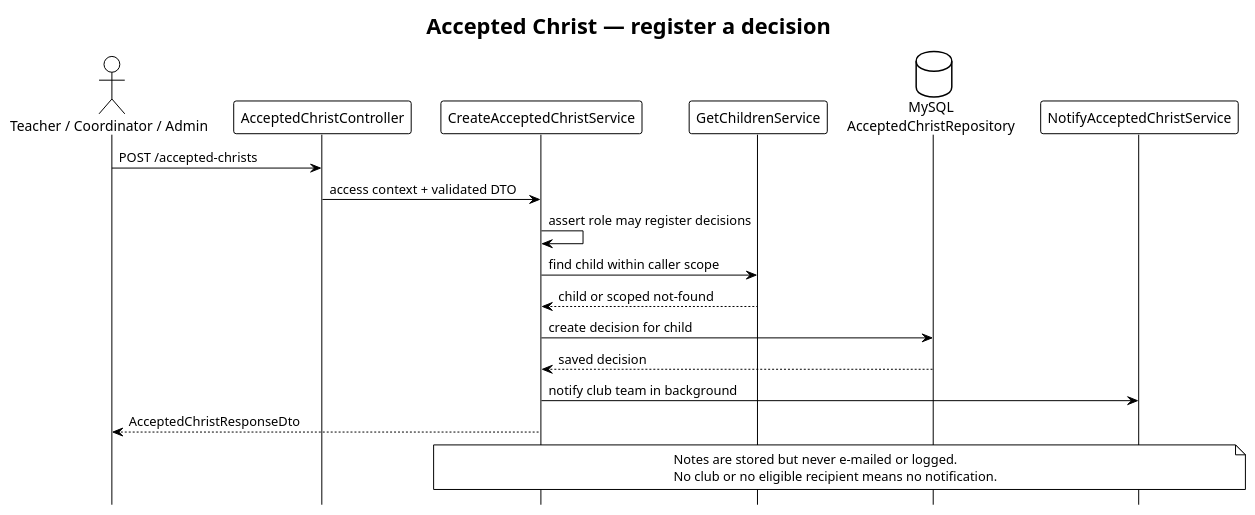
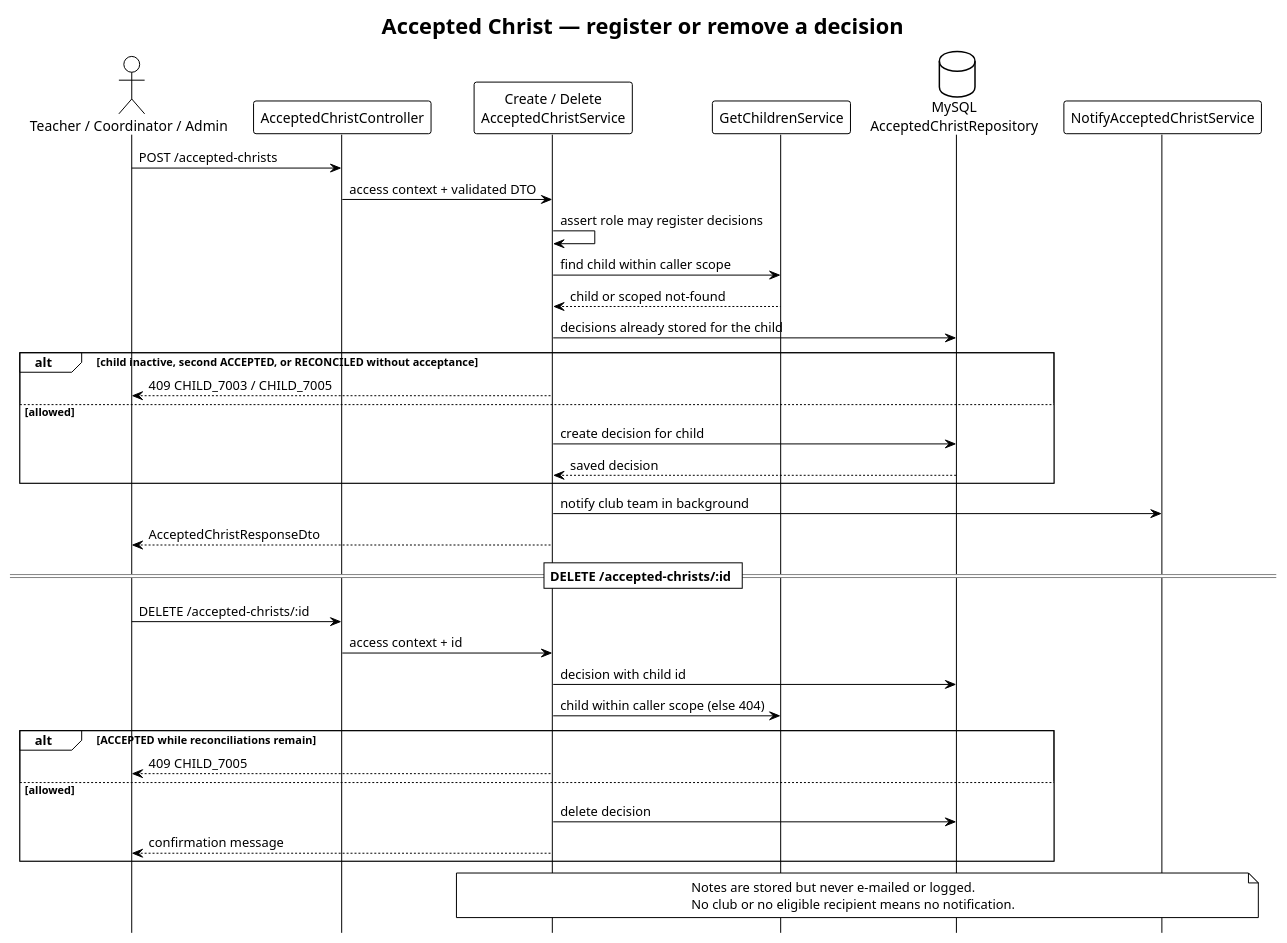
The diagram in docs/diagrams/flow/accepted-christs/accepted-christs-flow.puml (ministerioclubinhos/clubinhonib-api), drawn with PlantUML before and after one commit. The commit also changed 69 other files, not shown here.

```diff
--- a/docs/diagrams/flow/accepted-christs/accepted-christs-flow.puml
+++ b/docs/diagrams/flow/accepted-christs/accepted-christs-flow.puml
@@ -1,27 +1,44 @@
 @startuml Accepted Christs Flow - Clubinho NIB API
 !theme plain
 hide footbox
-title Accepted Christ — register a decision
+title Accepted Christ — register or remove a decision
 
 actor "Teacher / Coordinator / Admin" as Client
 participant AcceptedChristController as Controller
-participant CreateAcceptedChristService as Service
+participant "Create / Delete\nAcceptedChristService" as Service
 participant GetChildrenService as Children
 database "MySQL\nAcceptedChristRepository" as Repository
 participant NotifyAcceptedChristService as Notify
 
 Client -> Controller : POST /accepted-christs
 Controller -> Service : access context + validated DTO
 Service -> Service : assert role may register decisions
 Service -> Children : find child within caller scope
 Children --> Service : child or scoped not-found
-Service -> Repository : create decision for child
-Repository --> Service : saved decision
+Service -> Repository : decisions already stored for the child
+alt child inactive, second ACCEPTED, or RECONCILED without acceptance
+  Service --> Client : 409 CHILD_7003 / CHILD_7005
+else allowed
+  Service -> Repository : create decision for child
+  Repository --> Service : saved decision
+end
 Service -> Notify : notify club team in background
 Service --> Client : AcceptedChristResponseDto
+
+== DELETE /accepted-christs/:id ==
+Client -> Controller : DELETE /accepted-christs/:id
+Controller -> Service : access context + id
+Service -> Repository : decision with child id
+Service -> Children : child within caller scope (else 404)
+alt ACCEPTED while reconciliations remain
+  Service --> Client : 409 CHILD_7005
+else allowed
+  Service -> Repository : delete decision
+  Service --> Client : confirmation message
+end
 
 note over Service, Notify
   Notes are stored but never e-mailed or logged.
   No club or no eligible recipient means no notification.
 end note
 @enduml
```
